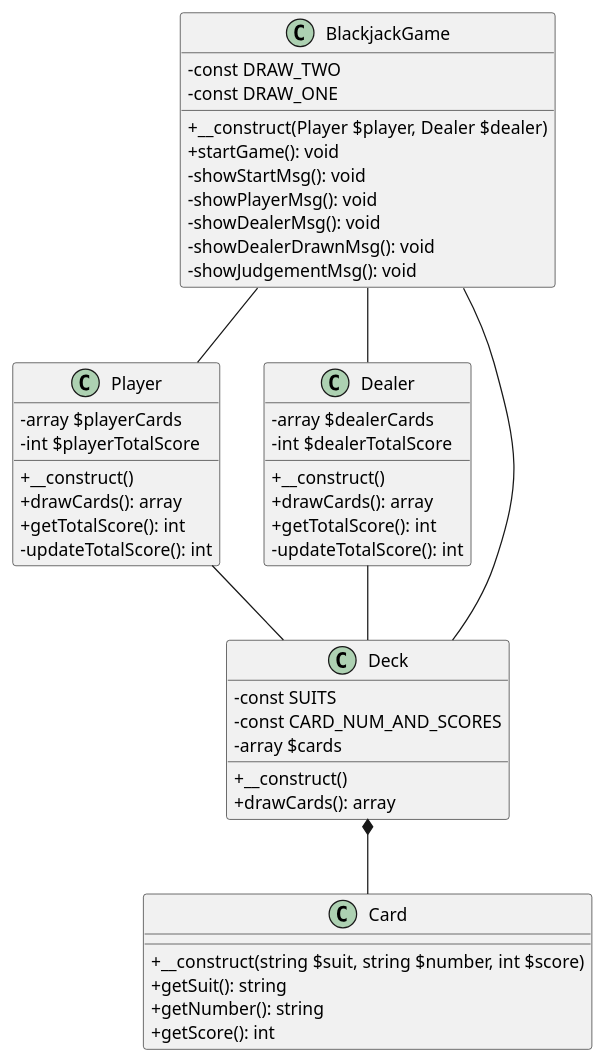
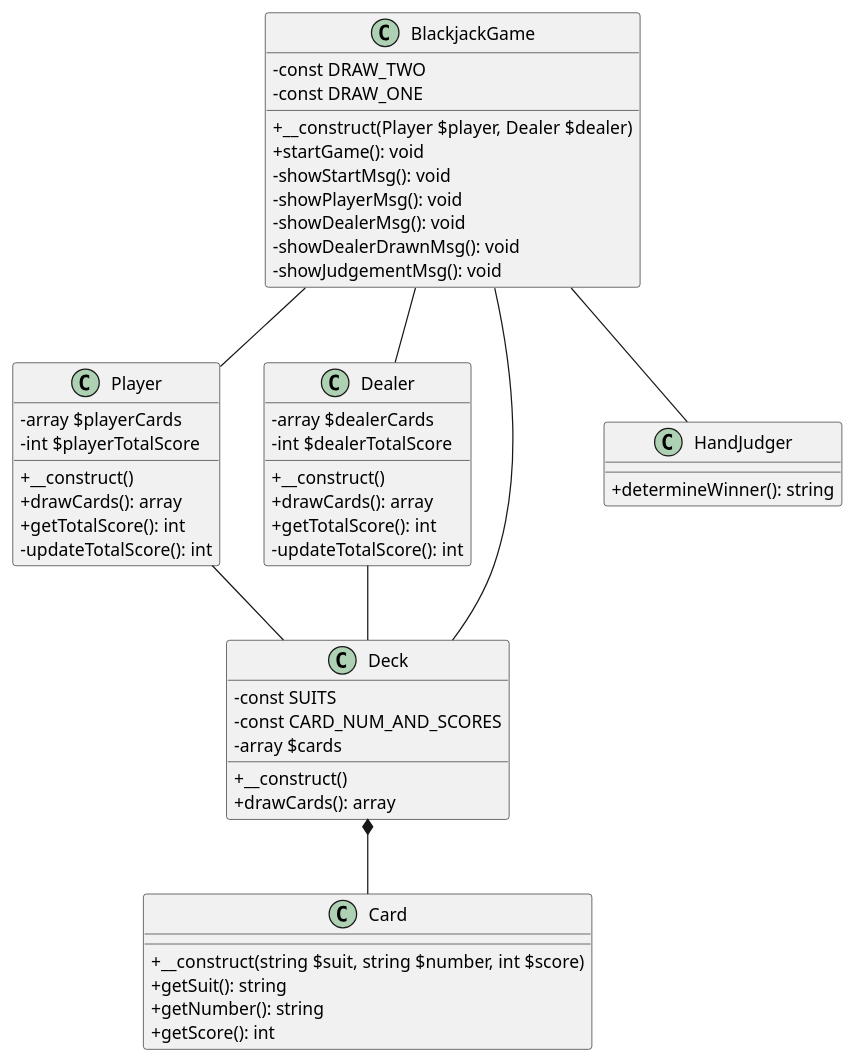
One commit to mariko-mr/blackjack changed the diagram in uml/class.pu. Above: the diagram before and after it, drawn with PlantUML. The commit also changed 1 other file, not shown here.

```diff
--- a/uml/class.pu
+++ b/uml/class.pu
@@ -1,57 +1,62 @@
 @startuml blackjack
 
 BlackjackGame -- Player
 BlackjackGame -- Dealer
 BlackjackGame -- Deck
+BlackjackGame -- HandJudger
 Player -- Deck
 Dealer -- Deck
 Deck *-- Card
 
 skinparam classAttributeIconSize 0
 
 class BlackjackGame {
     -const DRAW_TWO
     -const DRAW_ONE
     +__construct(Player $player, Dealer $dealer)
     +startGame(): void
     -showStartMsg(): void
     -showPlayerMsg(): void
     -showDealerMsg(): void
     -showDealerDrawnMsg(): void
     -showJudgementMsg(): void
 }
 
 class Player {
     -array $playerCards
     -int $playerTotalScore
     +__construct()
     +drawCards(): array
     +getTotalScore(): int
     -updateTotalScore(): int
 }
 
 class Dealer {
     -array $dealerCards
     -int $dealerTotalScore
     +__construct()
     +drawCards(): array
     +getTotalScore(): int
     -updateTotalScore(): int
 }
 
 class Deck {
     -const SUITS
     -const CARD_NUM_AND_SCORES
     -array $cards
     +__construct()
     +drawCards(): array
 }
 
 class Card {
     +__construct(string $suit, string $number, int $score)
     +getSuit(): string
     +getNumber(): string
     +getScore(): int
 }
 
+class HandJudger {
+    +determineWinner(): string
+}
+
 @enduml
```
